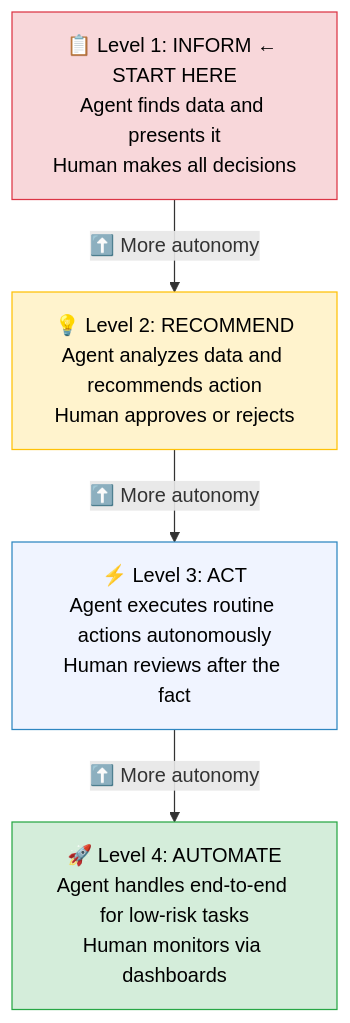
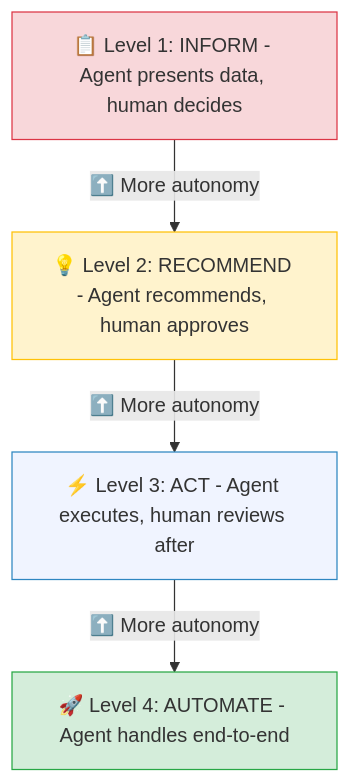
One commit to ithinktavo/GenAI-Engineering-Handbook changed the sixth of 7 diagrams in docs/07-agentic-ai.md. Above: the diagram before and after it, drawn with Mermaid. The commit also changed other lines of this file and 9 other files, not shown here.

First line of the commit message:
Fix Mermaid rendering: remove emoji from subgraph titles and unsupported syntax

````diff
--- a/docs/07-agentic-ai.md
+++ b/docs/07-agentic-ai.md
@@ -222,16 +222,16 @@
 ```mermaid
 graph TD
-    L4["🚀 Level 4: AUTOMATE\nAgent handles end-to-end for low-risk tasks\nHuman monitors via dashboards"]
-    L3["⚡ Level 3: ACT\nAgent executes routine actions autonomously\nHuman reviews after the fact"]
-    L2["💡 Level 2: RECOMMEND\nAgent analyzes data and recommends action\nHuman approves or rejects"]
-    L1["📋 Level 1: INFORM ← START HERE\nAgent finds data and presents it\nHuman makes all decisions"]
+    L4["🚀 Level 4: AUTOMATE - Agent handles end-to-end"]
+    L3["⚡ Level 3: ACT - Agent executes, human reviews after"]
+    L2["💡 Level 2: RECOMMEND - Agent recommends, human approves"]
+    L1["📋 Level 1: INFORM - Agent presents data, human decides"]
 
     L1 -- "⬆️ More autonomy" --> L2
     L2 -- "⬆️ More autonomy" --> L3
     L3 -- "⬆️ More autonomy" --> L4
 
-    style L4 fill:#d4edda,stroke:#28a745,color:#000
-    style L3 fill:#f0f4ff,stroke:#2E86C1,color:#000
-    style L2 fill:#fff3cd,stroke:#ffc107,color:#000
-    style L1 fill:#f8d7da,stroke:#dc3545,color:#000
+    style L4 fill:#d4edda,stroke:#28a745
+    style L3 fill:#f0f4ff,stroke:#2E86C1
+    style L2 fill:#fff3cd,stroke:#ffc107
+    style L1 fill:#f8d7da,stroke:#dc3545
 ```
````
